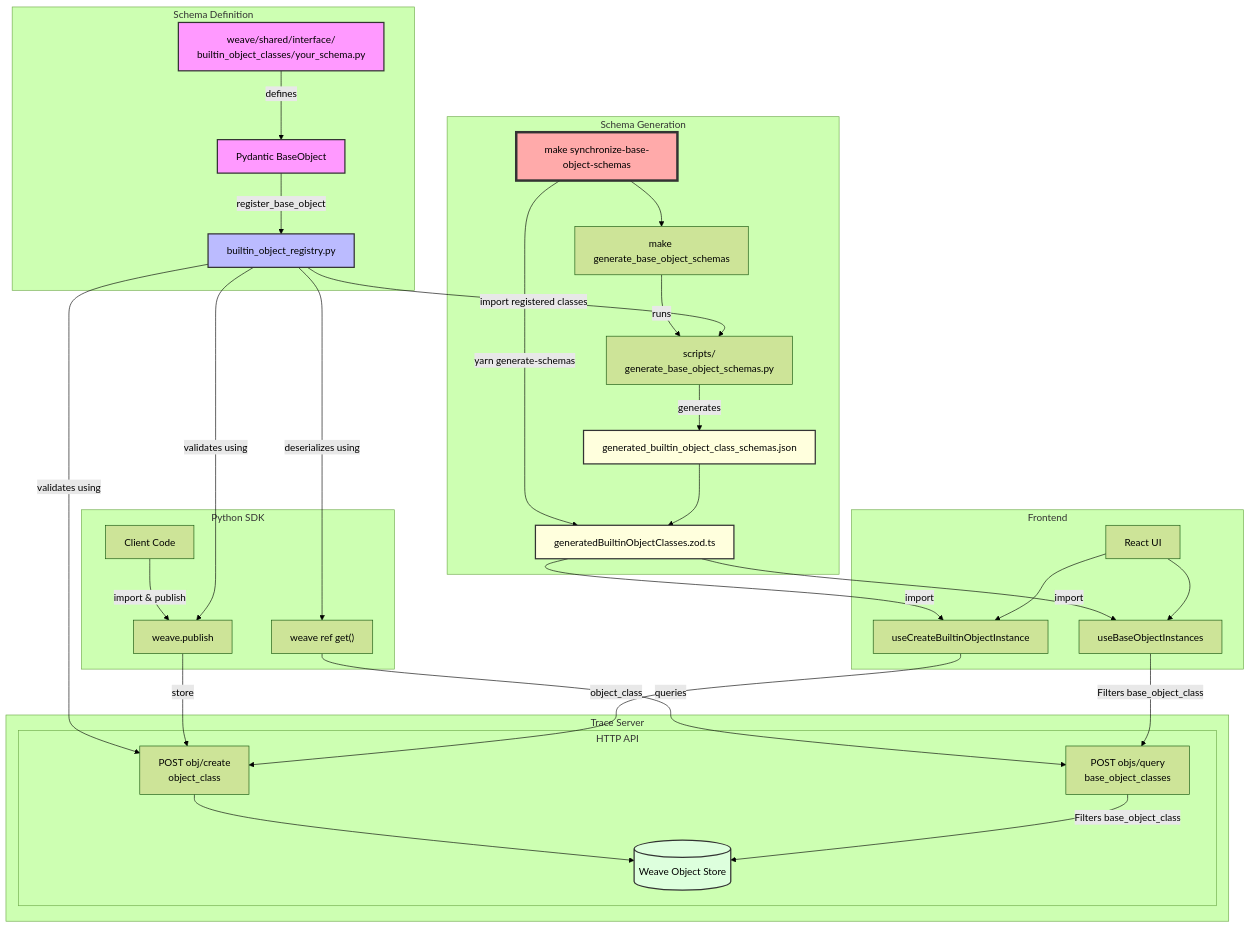
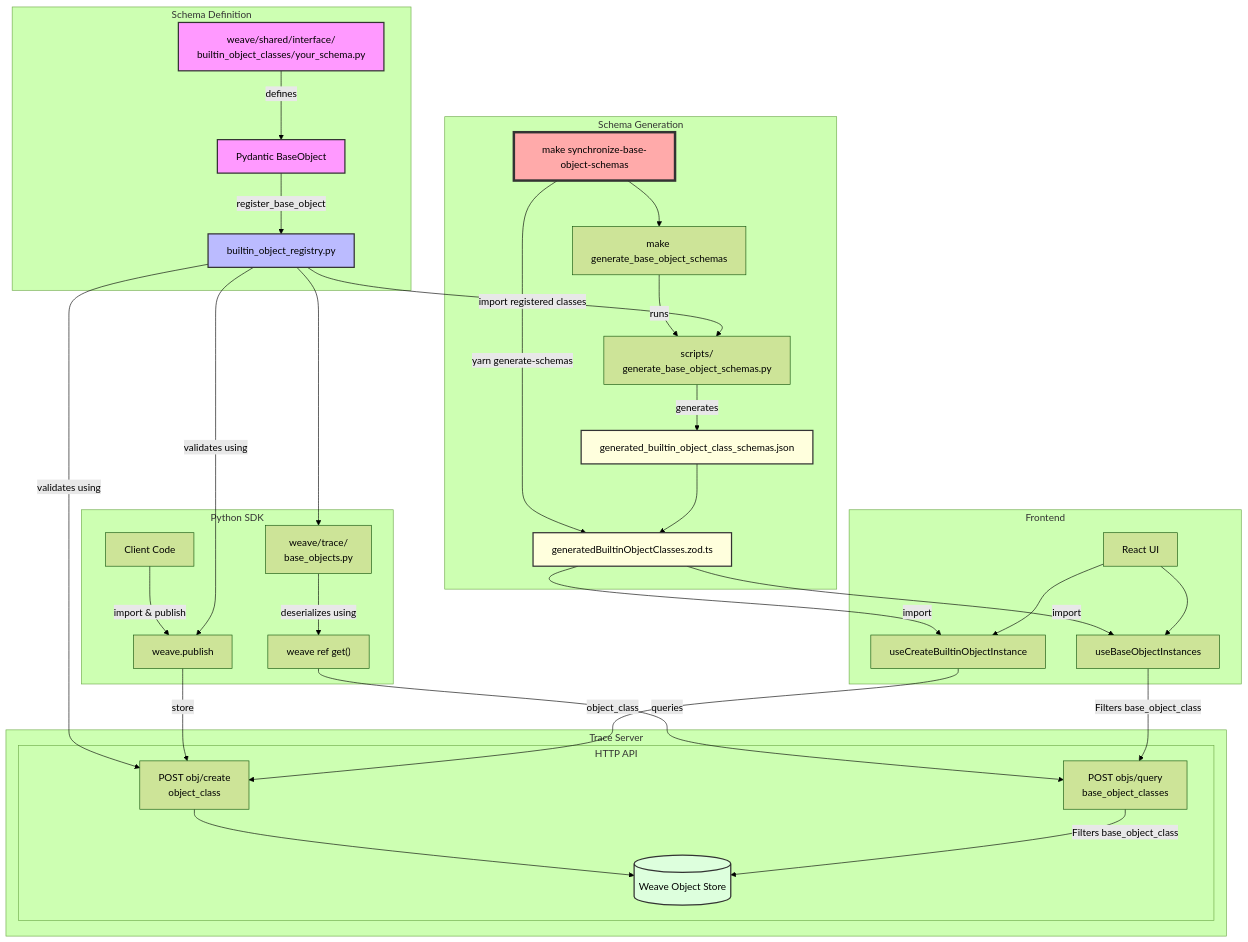
One commit to wandb/weave changed the diagram in dev_docs/BuiltinObjectClasses.md. Above: the diagram before and after it, drawn with Mermaid (forest theme). The commit also changed other lines of this file and 2 other files, not shown here.

Commit message:
chore(weave): publish the shared schema with the SDK model's bases
The client record now reads _weave_serialized_bases too, so publishing an
instance of the shared schema stores the same object and digest as the SDK
model. The builtin-object doc diagram reads through weave.trace.base_objects.

````diff
--- a/dev_docs/BuiltinObjectClasses.md
+++ b/dev_docs/BuiltinObjectClasses.md
@@ -177,49 +177,50 @@
 ```mermaid
 graph TD
     subgraph Schema Definition
         F["weave/shared/interface/<br>builtin_object_classes/your_schema.py"] --> |defines| P[Pydantic BaseObject]
         P --> |register_base_object| R["builtin_object_registry.py"]
     end
 
     subgraph Schema Generation
         M["make synchronize-base-object-schemas"] --> G["make generate_base_object_schemas"]
         G --> |runs| S["scripts/<br>generate_base_object_schemas.py"]
         R --> |import registered classes| S
         S --> |generates| J["generated_builtin_object_class_schemas.json"]
         M --> |yarn generate-schemas| Z["generatedBuiltinObjectClasses.zod.ts"]
         J --> Z
     end
 
     subgraph "Trace Server"
         subgraph "HTTP API"
             R --> |validates using| HW["POST obj/create<br>object_class"]
             HW --> DB[(Weave Object Store)]
             HR["POST objs/query<br>base_object_classes"] --> |Filters base_object_class| DB
         end
     end
 
     subgraph "Python SDK"
         PW[Client Code] --> |import & publish| W[weave.publish]
         W --> |store| HW
         R --> |validates using| W
         PR["weave ref get()"] --> |queries| HR
-        R --> |deserializes using| PR
+        R --> BO["weave/trace/<br>base_objects.py"]
+        BO --> |deserializes using| PR
     end
 
     subgraph "Frontend"
         Z --> |import| UBI["useBaseObjectInstances"]
         Z --> |import| UCI["useCreateBuiltinObjectInstance"]
         UBI --> |Filters base_object_class| HR
         UCI --> |object_class| HW
         UI[React UI] --> UBI
         UI --> UCI
     end
 
     style F fill:#f9f,stroke:#333,stroke-width:2px
     style P fill:#f9f,stroke:#333,stroke-width:2px
     style R fill:#bbf,stroke:#333,stroke-width:2px
     style DB fill:#dfd,stroke:#333,stroke-width:2px
     style J fill:#ffd,stroke:#333,stroke-width:2px
     style Z fill:#ffd,stroke:#333,stroke-width:2px
     style M fill:#faa,stroke:#333,stroke-width:4px
 ```
````
